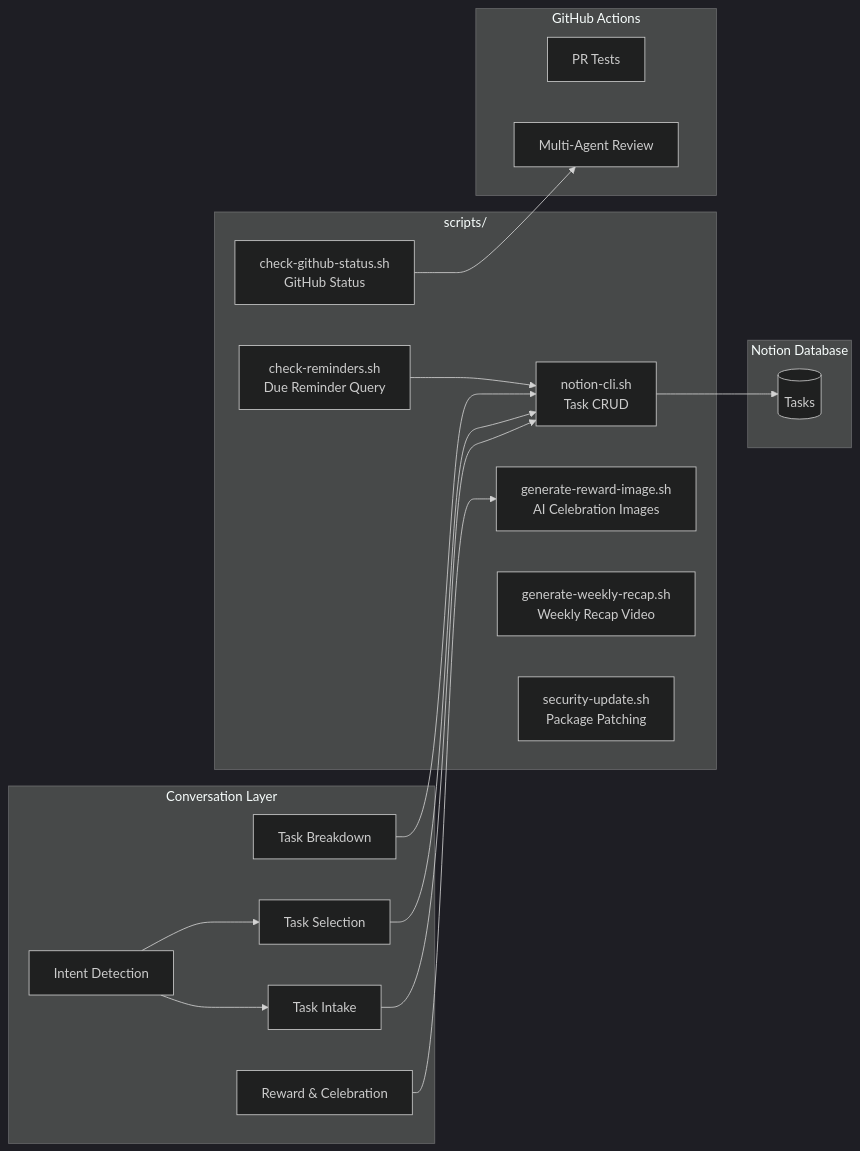
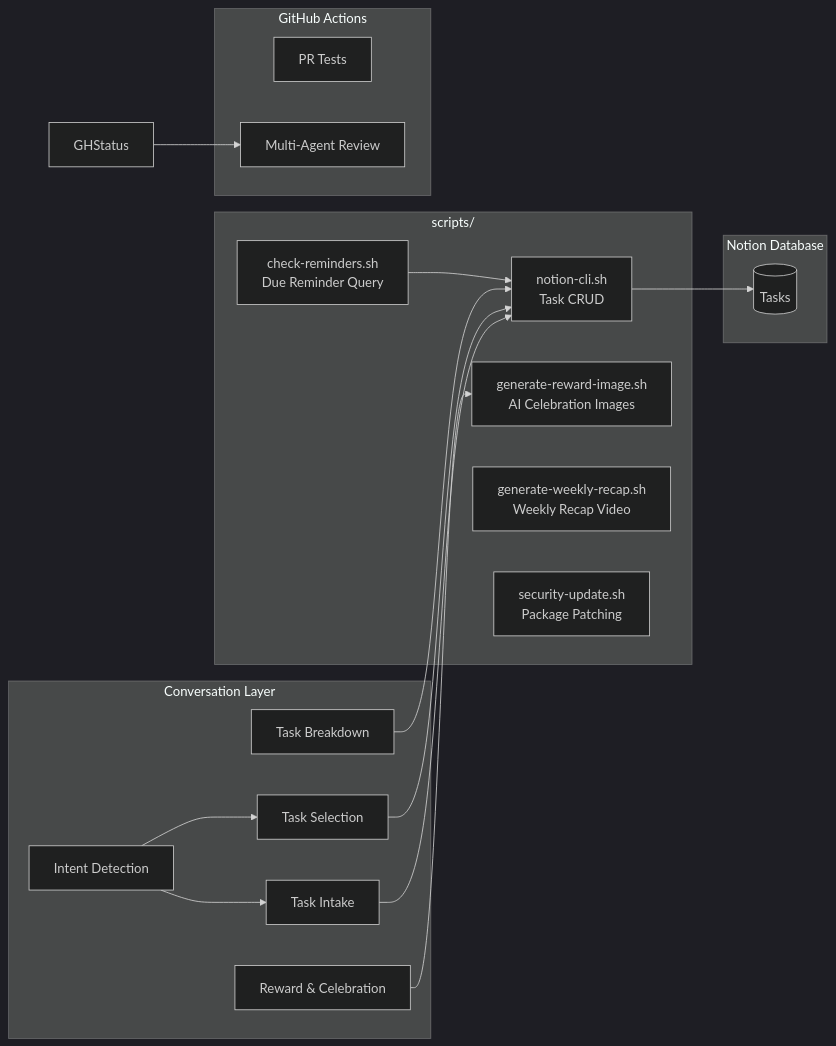
The second of 6 diagrams in docs/architecture.md (NickBorgersProbably/hide-my-list), drawn with Mermaid (dark theme) before and after one commit. The commit also changed other lines of this file and 7 other files, not shown here.

First line of the commit message:
Remove pipeline-monitor entirely — agent doesn't need GitHub polling

````diff
--- a/docs/architecture.md
+++ b/docs/architecture.md
@@ -67,38 +66,37 @@
 ```mermaid
 flowchart LR
     subgraph Prompts["Conversation Layer"]
         Intent[Intent Detection]
         Intake[Task Intake]
         Selection[Task Selection]
         Breakdown[Task Breakdown]
         Reward[Reward & Celebration]
     end
 
     subgraph Scripts["scripts/"]
         NotionCLI[notion-cli.sh<br/>Task CRUD]
         RewardImg[generate-reward-image.sh<br/>AI Celebration Images]
         RecapVid[generate-weekly-recap.sh<br/>Weekly Recap Video]
         ReminderCheck[check-reminders.sh<br/>Due Reminder Query]
-        GHStatus[check-github-status.sh<br/>GitHub Status]
         SecUpdate[security-update.sh<br/>Package Patching]
     end
 
     subgraph Storage["Notion Database"]
         Tasks[(Tasks)]
     end
 
     subgraph CI["GitHub Actions"]
         PRTests[PR Tests]
         Review[Multi-Agent Review]
     end
 
     Intent --> Intake
     Intent --> Selection
     Intake --> NotionCLI
     Selection --> NotionCLI
     NotionCLI --> Tasks
     Breakdown --> NotionCLI
     Reward --> RewardImg
     ReminderCheck --> NotionCLI
     GHStatus --> Review
 ```
````
